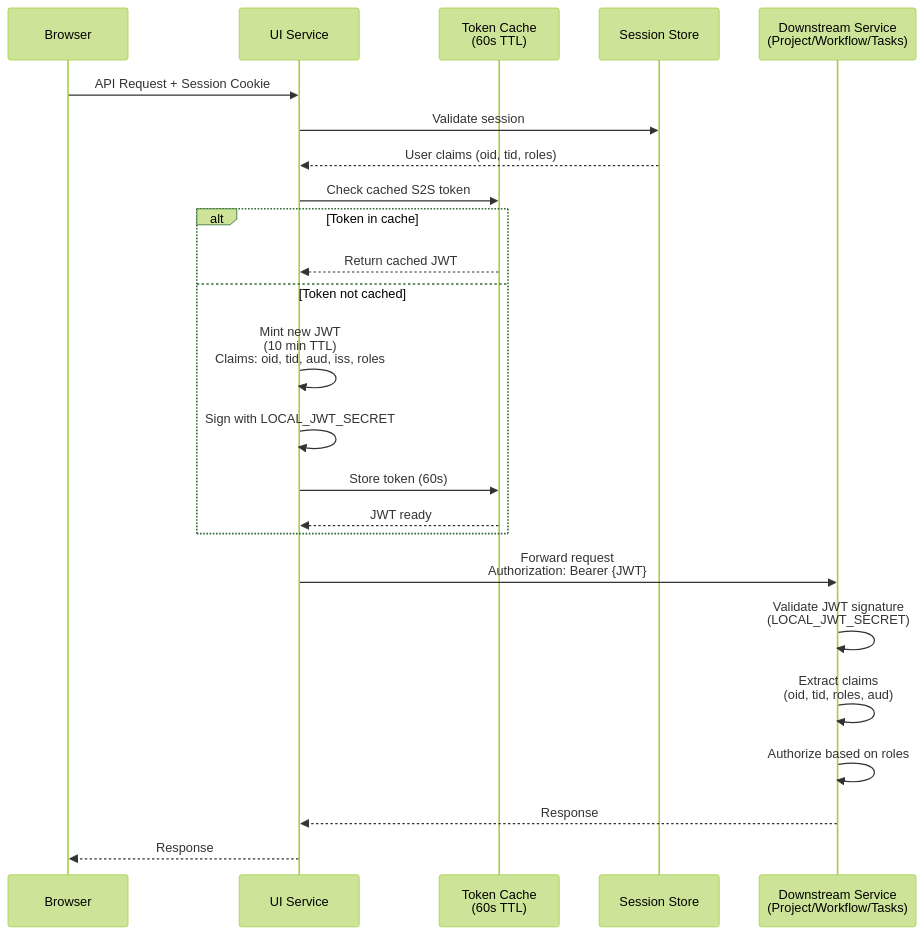
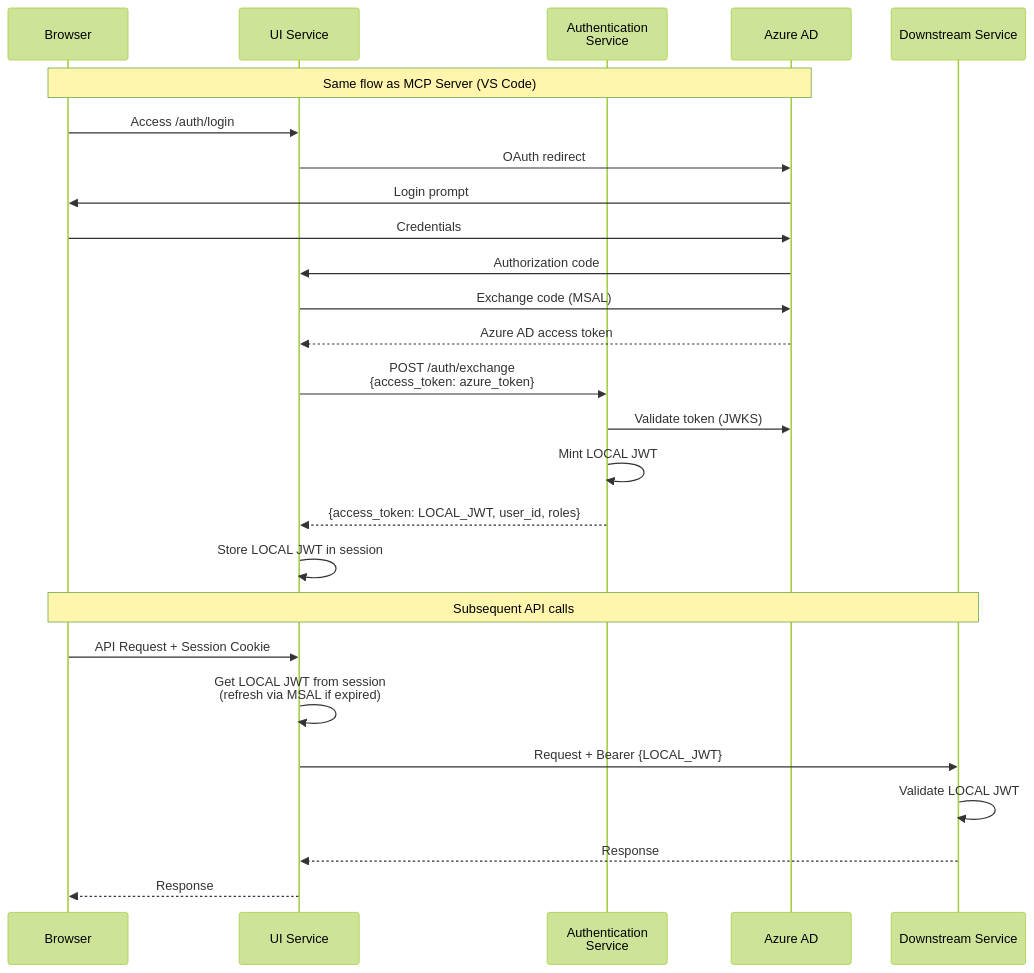
One commit to vladavilov/playground changed the third of 12 diagrams in git-epic-creator/services/ui_service/README.md. Above: the diagram before and after it, drawn with Mermaid (forest theme). The commit also changed other lines of this file and 20 other files, not shown here.

Commit message:
implemented authentication for mcp

````diff
--- a/git-epic-creator/services/ui_service/README.md
+++ b/git-epic-creator/services/ui_service/README.md
@@ -202,29 +211,32 @@
 ```mermaid
 sequenceDiagram
     participant Browser
     participant UI as UI Service
-    participant Cache as Token Cache<br/>(60s TTL)
-    participant Session as Session Store
-    participant DS as Downstream Service<br/>(Project/Workflow/Tasks)
+    participant Auth as Authentication<br/>Service
+    participant Azure as Azure AD
+    participant DS as Downstream Service
 
+    Note over Browser,Azure: Same flow as MCP Server (VS Code)
+    Browser->>UI: Access /auth/login
+    UI->>Azure: OAuth redirect
+    Azure->>Browser: Login prompt
+    Browser->>Azure: Credentials
+    Azure->>UI: Authorization code
+    UI->>Azure: Exchange code (MSAL)
+    Azure-->>UI: Azure AD access token
+    
+    UI->>Auth: POST /auth/exchange<br/>{access_token: azure_token}
+    Auth->>Azure: Validate token (JWKS)
+    Auth->>Auth: Mint LOCAL JWT
+    Auth-->>UI: {access_token: LOCAL_JWT, user_id, roles}
+    
+    UI->>UI: Store LOCAL JWT in session
+    
+    Note over Browser,DS: Subsequent API calls
     Browser->>UI: API Request + Session Cookie
-    UI->>Session: Validate session
-    Session-->>UI: User claims (oid, tid, roles)
-    
-    UI->>Cache: Check cached S2S token
-    alt Token in cache
-        Cache-->>UI: Return cached JWT
-    else Token not cached
-        UI->>UI: Mint new JWT<br/>(10 min TTL)<br/>Claims: oid, tid, aud, iss, roles
-        UI->>UI: Sign with LOCAL_JWT_SECRET
-        UI->>Cache: Store token (60s)
-        Cache-->>UI: JWT ready
-    end
-    
-    UI->>DS: Forward request<br/>Authorization: Bearer {JWT}
-    DS->>DS: Validate JWT signature<br/>(LOCAL_JWT_SECRET)
-    DS->>DS: Extract claims<br/>(oid, tid, roles, aud)
-    DS->>DS: Authorize based on roles
+    UI->>UI: Get LOCAL JWT from session<br/>(refresh via MSAL if expired)
+    UI->>DS: Request + Bearer {LOCAL_JWT}
+    DS->>DS: Validate LOCAL JWT
     DS-->>UI: Response
     UI-->>Browser: Response
 ```
````
